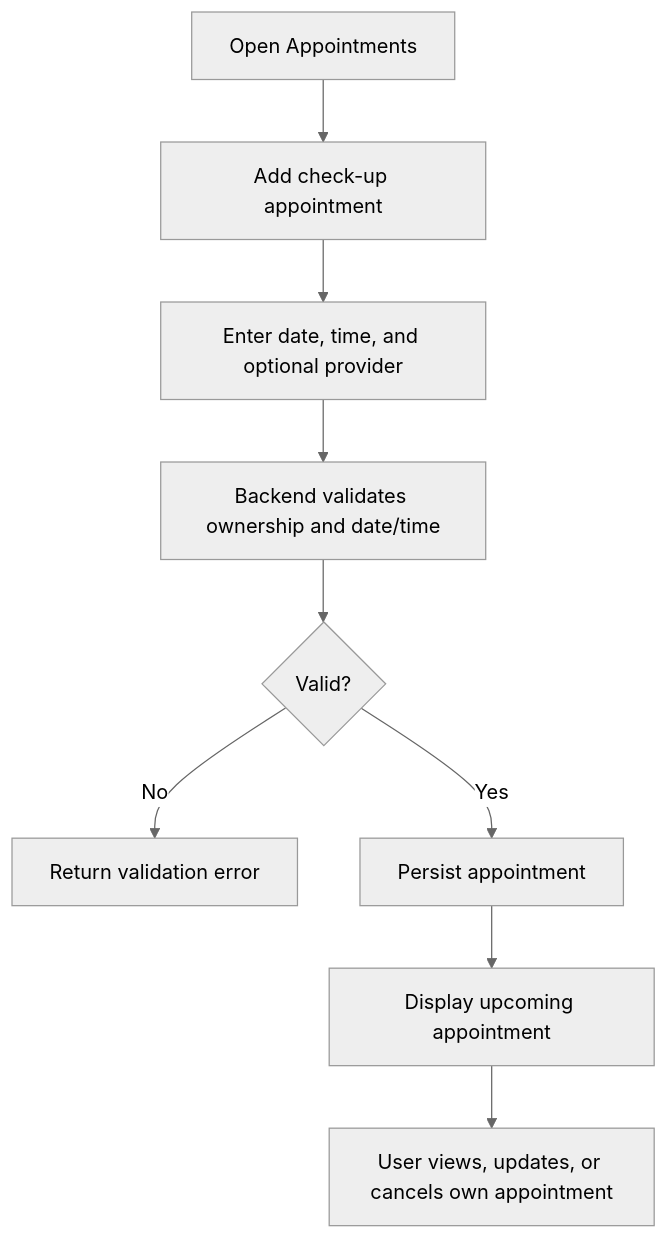
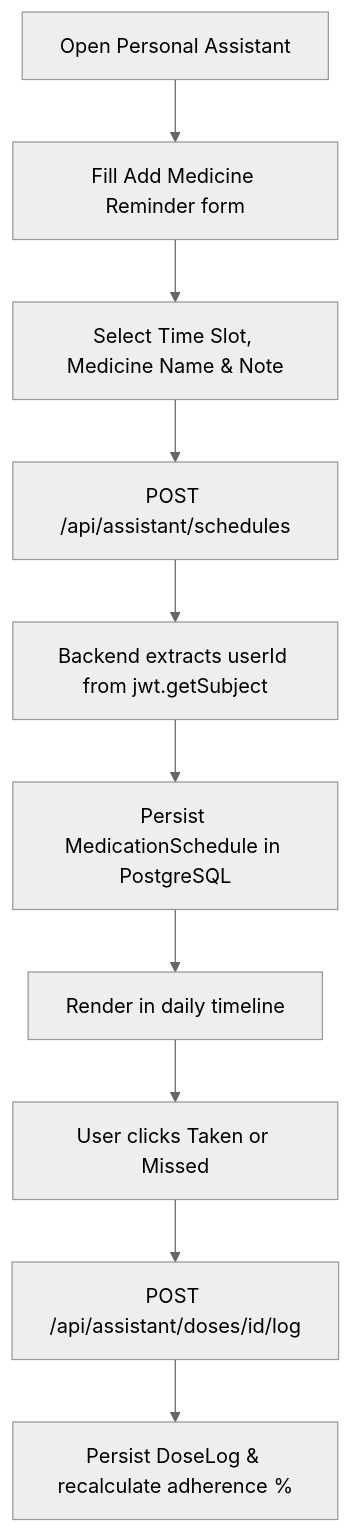
One commit to rishavscripts/MediConnect changed the sixth of 11 diagrams in README.md. Above: the diagram before and after it, drawn with Mermaid (neutral theme). The commit also changed other lines of this file, not shown here.

````diff
--- a/README.md
+++ b/README.md
@@ -352,11 +284,12 @@
-``` mermaid
+```mermaid
 flowchart TD
-    A[Open Appointments] --> B[Add check-up appointment]
-    B --> C[Enter date, time, and optional provider]
-    C --> D[Backend validates ownership and date/time]
-    D --> E{Valid?}
-    E -- No --> F[Return validation error]
-    E -- Yes --> G[Persist appointment]
-    G --> H[Display upcoming appointment]
-    H --> I[User views, updates, or cancels own appointment]
+    A[Open Personal Assistant] --> B[Fill Add Medicine Reminder form]
+    B --> C[Select Time Slot, Medicine Name & Note]
+    C --> D[POST /api/assistant/schedules]
+    D --> E[Backend extracts userId from jwt.getSubject]
+    E --> F[Persist MedicationSchedule in PostgreSQL]
+    F --> G[Render in daily timeline]
+    G --> H[User clicks Taken or Missed]
+    H --> I[POST /api/assistant/doses/id/log]
+    I --> J[Persist DoseLog & recalculate adherence %]
 ```
````
